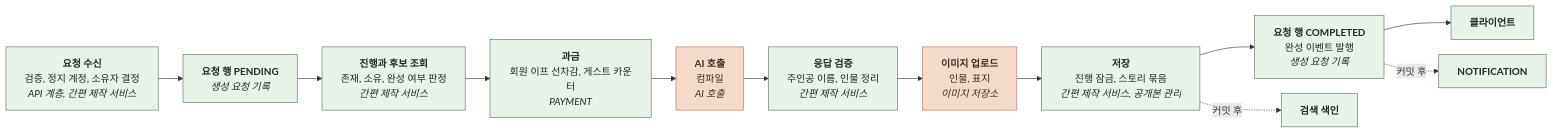
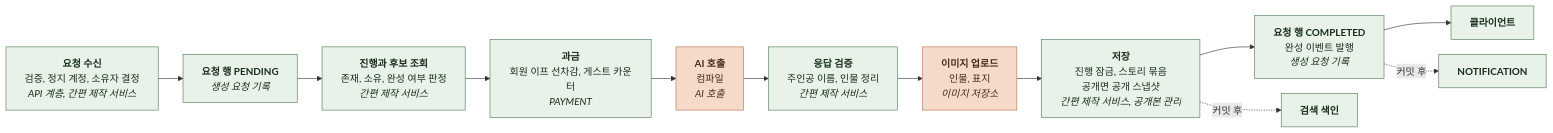
Diagram 11 of 26 in docs/domain/STORY/BACKEND/4-1-PIPELINES.md (KIM-N-KANG/knk-harness), drawn with Mermaid before and after one commit. The commit also changed other lines of this file and 12 other files, not shown here.

````diff
--- a/docs/domain/STORY/BACKEND/4-1-PIPELINES.md
+++ b/docs/domain/STORY/BACKEND/4-1-PIPELINES.md
@@ -318,19 +318,19 @@
 ```mermaid
 %%{init: {"flowchart": {"curve": "basis", "htmlLabels": true, "nodeSpacing": 24, "rankSpacing": 40}}}%%
 flowchart LR
     A["<b>요청 수신</b><br/>검증, 정지 계정, 소유자 결정<br/><i>API 계층, 간편 제작 서비스</i>"] --> B["<b>요청 행 PENDING</b><br/><i>생성 요청 기록</i>"]
     B --> C["<b>진행과 후보 조회</b><br/>존재, 소유, 완성 여부 판정<br/><i>간편 제작 서비스</i>"]
     C --> D["<b>과금</b><br/>회원 이프 선차감, 게스트 카운터<br/><i>PAYMENT</i>"]
     D --> E["<b>AI 호출</b><br/>컴파일<br/><i>AI 호출</i>"]
     E --> F["<b>응답 검증</b><br/>주인공 이름, 인물 정리<br/><i>간편 제작 서비스</i>"]
     F --> G["<b>이미지 업로드</b><br/>인물, 표지<br/><i>이미지 저장소</i>"]
-    G --> H["<b>저장</b><br/>진행 잠금, 스토리 묶음<br/><i>간편 제작 서비스, 공개본 관리</i>"]
+    G --> H["<b>저장</b><br/>진행 잠금, 스토리 묶음<br/>공개면 공개 스냅샷<br/><i>간편 제작 서비스, 공개본 관리</i>"]
     H --> I["<b>요청 행 COMPLETED</b><br/>완성 이벤트 발행<br/><i>생성 요청 기록</i>"]
     I --> J["<b>클라이언트</b>"]
     H -.->|커밋 후| K["<b>검색 색인</b>"]
     I -.->|커밋 후| L["<b>NOTIFICATION</b>"]
     classDef comp fill:#E8F2E8,stroke:#527A59,color:#182D1D
     classDef task fill:#F5D9C9,stroke:#B97450,color:#452B1D
     class A,B,C,D,F,H,I,J,K,L comp
     class E,G task
 ```
````
